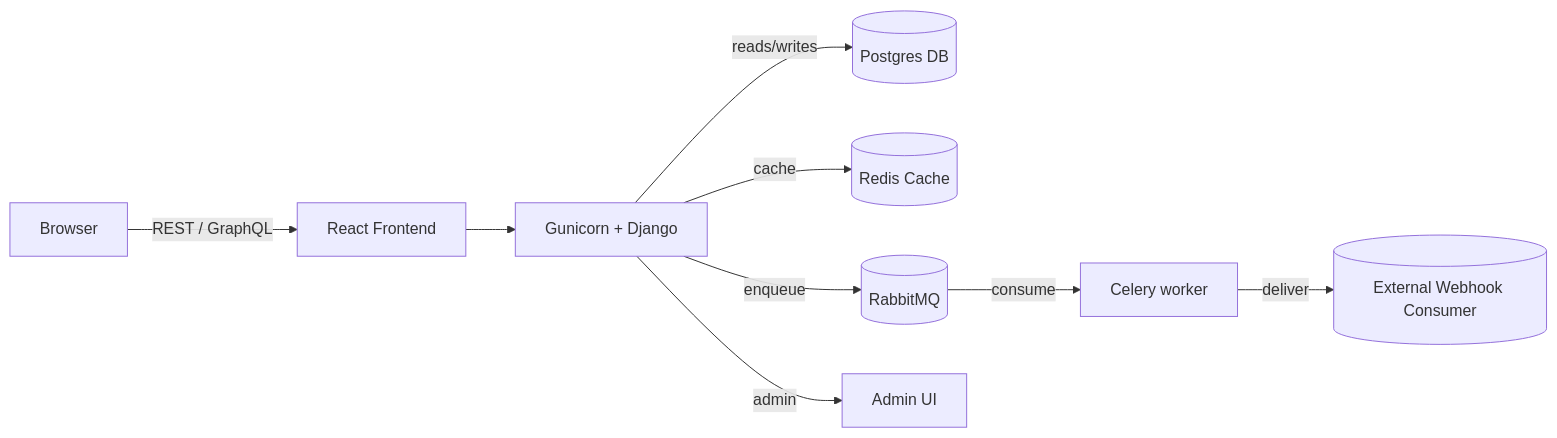
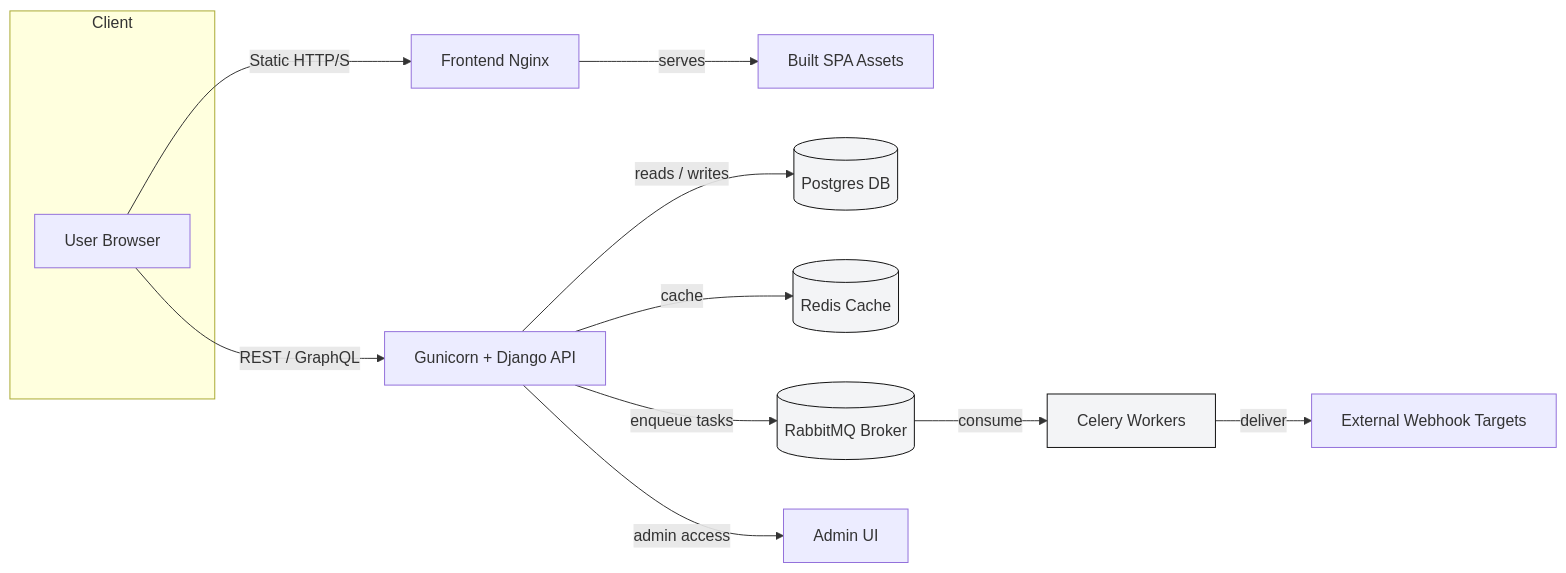
Before and after one commit to ankikumar1018/ecommerce: the diagram in README.md, drawn with Mermaid. The commit also changed other lines of this file and 1 other file, not shown here.

Commit message:
fix: correct ruff cache directory name and update architecture diagram in README

````diff
--- a/README.md
+++ b/README.md
@@ -289,11 +57,23 @@
 ```mermaid
 flowchart LR
-	Browser -->|REST / GraphQL| Frontend[React Frontend]
-	Frontend --> API[Gunicorn + Django]
-	API -->|reads/writes| Postgres[(Postgres DB)]
-	API -->|cache| Redis[(Redis Cache)]
-	API -->|enqueue| RabbitMQ[(RabbitMQ)]
-	RabbitMQ -->|consume| CeleryWorker[Celery worker]
-	CeleryWorker -->|deliver| WebhookTarget[(External Webhook Consumer)]
-	API -->|admin| Admin[Admin UI]
+    subgraph Client
+        B[User Browser]
+    end
+
+    B -->|Static HTTP/S| Nginx[Frontend Nginx]
+    B -->|REST / GraphQL| API[Gunicorn + Django API]
+
+    Nginx -->|serves| Assets[Built SPA Assets]
+
+    API -->|reads / writes| Postgres[(Postgres DB)]
+    API -->|cache| Redis[(Redis Cache)]
+    API -->|enqueue tasks| RabbitMQ[(RabbitMQ Broker)]
+
+    RabbitMQ -->|consume| Celery[Celery Workers]
+    Celery -->|deliver| External[External Webhook Targets]
+
+    API -->|admin access| Admin[Admin UI]
+
+    classDef infra fill:#f3f4f6,stroke:#111,stroke-width:1px;
+    class Postgres,Redis,RabbitMQ,Celery infra;
 ```
````
